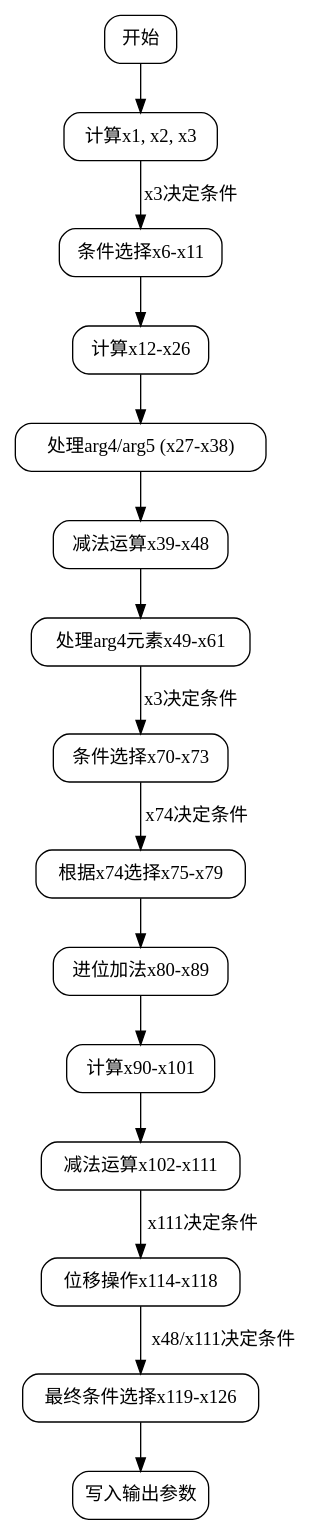
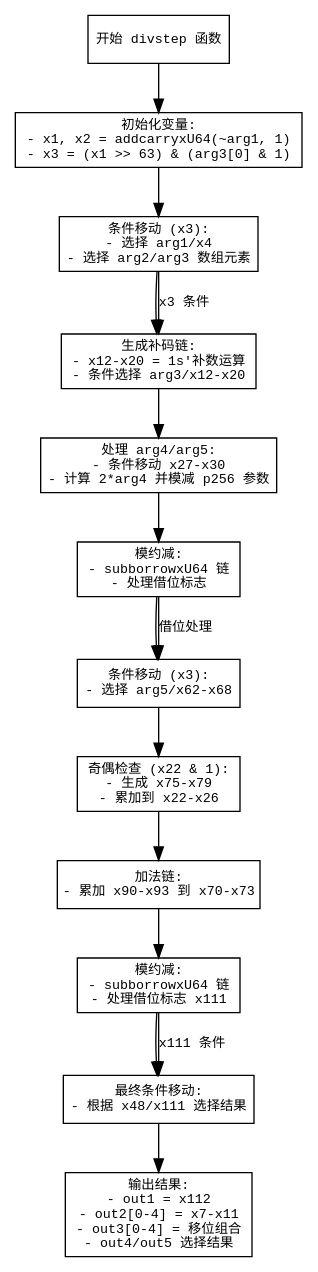
The diagram in dot_std/crypto/pcurves/p256/p256_scalar_64.zig.divstep.md (sdzx-1/deepseek-zig-reader), drawn with Graphviz before and after one commit. The commit also changed other lines of this file and 236 other files, not shown here.

````diff
--- a/dot_std/crypto/pcurves/p256/p256_scalar_64.zig.divstep.md
+++ b/dot_std/crypto/pcurves/p256/p256_scalar_64.zig.divstep.md
@@ -37,38 +40,36 @@
 ```dot
-digraph divstep_flowchart {
-    node [shape=rectangle, style=rounded];
+digraph flowchart {
+    node [shape=rectangle, fontname="Courier", fontsize=10];
+    edge [fontname="Courier", fontsize=10];
+    
+    start [label="开始 divstep 函数"];
+    init [label="初始化变量:\n- x1, x2 = addcarryxU64(~arg1, 1)\n- x3 = (x1 >> 63) & (arg3[0] & 1)"];
+    cmovznz1 [label="条件移动 (x3):\n- 选择 arg1/x4\n- 选择 arg2/arg3 数组元素"];
+    add_sub_chain1 [label="生成补码链:\n- x12-x20 = 1s'补数运算\n- 条件选择 arg3/x12-x20"];
+    arg45_processing [label="处理 arg4/arg5:\n- 条件移动 x27-x30\n- 计算 2*arg4 并模减 p256 参数"];
+    mod_reduce1 [label="模约减:\n- subborrowxU64 链\n- 处理借位标志"];
+    cmovznz2 [label="条件移动 (x3):\n- 选择 arg5/x62-x68"];
+    parity_check [label="奇偶检查 (x22 & 1):\n- 生成 x75-x79\n- 累加到 x22-x26"];
+    add_chain2 [label="加法链:\n- 累加 x90-x93 到 x70-x73"];
+    mod_reduce2 [label="模约减:\n- subborrowxU64 链\n- 处理借位标志 x111"];
+    final_cmov [label="最终条件移动:\n- 根据 x48/x111 选择结果"];
+    output [label="输出结果:\n- out1 = x112\n- out2[0-4] = x7-x11\n- out3[0-4] = 移位组合\n- out4/out5 选择结果"];
 
-    // 节点定义
-    start [label="开始"];
-    step1 [label="计算x1, x2, x3"];
-    step2 [label="条件选择x6-x11"];
-    step3 [label="计算x12-x26"];
-    step4 [label="处理arg4/arg5 (x27-x38)"];
-    step5 [label="减法运算x39-x48"];
-    step6 [label="处理arg4元素x49-x61"];
-    step7 [label="条件选择x70-x73"];
-    step8 [label="根据x74选择x75-x79"];
-    step9 [label="进位加法x80-x89"];
-    step10 [label="计算x90-x101"];
-    step11 [label="减法运算x102-x111"];
-    step12 [label="位移操作x114-x118"];
-    step13 [label="最终条件选择x119-x126"];
-    end [label="写入输出参数"];
-
-    // 边定义
-    start -> step1;
-    step1 -> step2 [label="x3决定条件"];
-    step2 -> step3;
-    step3 -> step4;
-    step4 -> step5;
-    step5 -> step6;
-    step6 -> step7 [label="x3决定条件"];
-    step7 -> step8 [label="x74决定条件"];
-    step8 -> step9;
-    step9 -> step10;
-    step10 -> step11;
-    step11 -> step12 [label="x111决定条件"];
-    step12 -> step13 [label="x48/x111决定条件"];
-    step13 -> end;
+    start -> init;
+    init -> cmovznz1;
+    cmovznz1 -> add_sub_chain1;
+    add_sub_chain1 -> arg45_processing;
+    arg45_processing -> mod_reduce1;
+    mod_reduce1 -> cmovznz2;
+    cmovznz2 -> parity_check;
+    parity_check -> add_chain2;
+    add_chain2 -> mod_reduce2;
+    mod_reduce2 -> final_cmov;
+    final_cmov -> output;
+    
+    // 条件分支示例
+    cmovznz1 -> add_sub_chain1 [label="x3 条件"];
+    mod_reduce1 -> cmovznz2 [label="借位处理"];
+    mod_reduce2 -> final_cmov [label="x111 条件"];
 }
-```
+``` 
````
